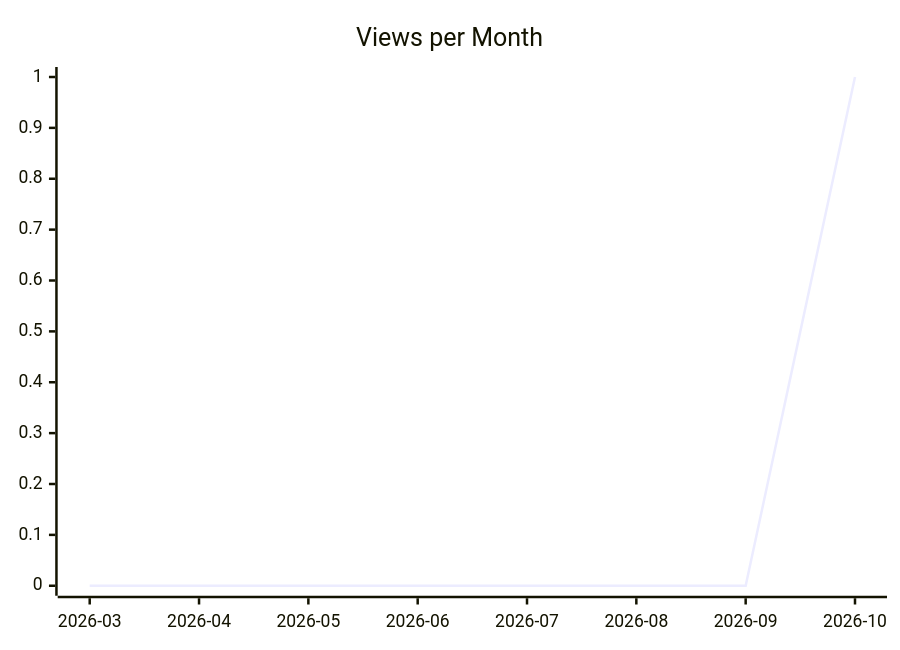
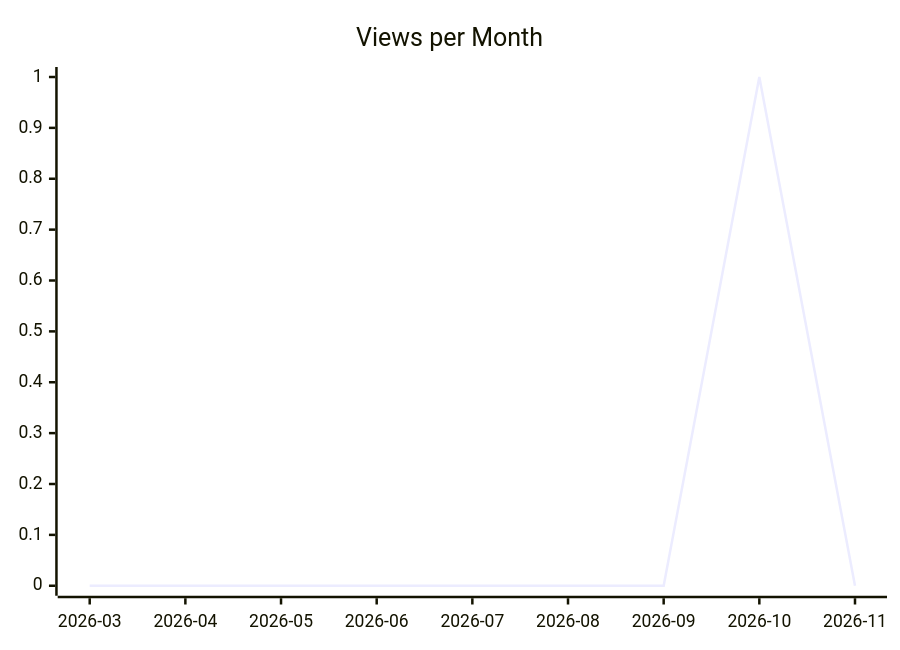
Before and after one commit to justdavis-family/github-analytics-data: the second of 3 diagrams in karlmdavis/lego-ev3dev-rs/README.md, drawn with Mermaid. The commit also changed other lines of this file and 201 other files, not shown here.

````diff
--- a/karlmdavis/lego-ev3dev-rs/README.md
+++ b/karlmdavis/lego-ev3dev-rs/README.md
@@ -12,6 +12,6 @@
 ```mermaid
 xychart-beta
   title "Views per Month"
-  x-axis ["2026-03", "2026-04", "2026-05", "2026-06", "2026-07", "2026-08", "2026-09", "2026-10"]
-  line [0, 0, 0, 0, 0, 0, 0, 1]
+  x-axis ["2026-03", "2026-04", "2026-05", "2026-06", "2026-07", "2026-08", "2026-09", "2026-10", "2026-11"]
+  line [0, 0, 0, 0, 0, 0, 0, 1, 0]
 ```
````
